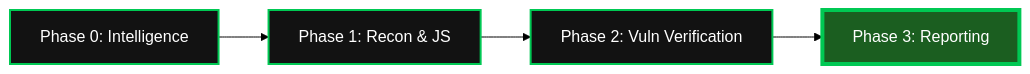
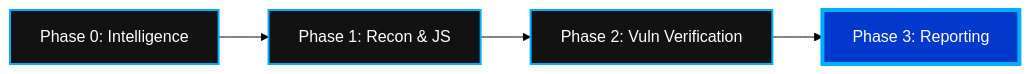
One commit to Alinshan/tracehop changed the diagram in README.md. Above: the diagram before and after it, drawn with Mermaid (forest theme). The commit also changed other lines of this file and 4 other files, not shown here.

````diff
--- a/README.md
+++ b/README.md
@@ -39,11 +39,11 @@
 ```mermaid
 graph LR
     A[Phase 0: Intelligence] --> B[Phase 1: Recon & JS]
     B --> C[Phase 2: Vuln Verification]
     C --> D[Phase 3: Reporting]
     
-    style A fill:#121212,stroke:#00c853,stroke-width:2px,color:#fff
-    style B fill:#121212,stroke:#00c853,stroke-width:2px,color:#fff
-    style C fill:#121212,stroke:#00c853,stroke-width:2px,color:#fff
-    style D fill:#1b5e20,stroke:#00c853,stroke-width:4px,color:#fff
+    style A fill:#121212,stroke:#00b0ff,stroke-width:2px,color:#fff
+    style B fill:#121212,stroke:#00b0ff,stroke-width:2px,color:#fff
+    style C fill:#121212,stroke:#00b0ff,stroke-width:2px,color:#fff
+    style D fill:#0039cb,stroke:#00b0ff,stroke-width:4px,color:#fff
 ```
````
